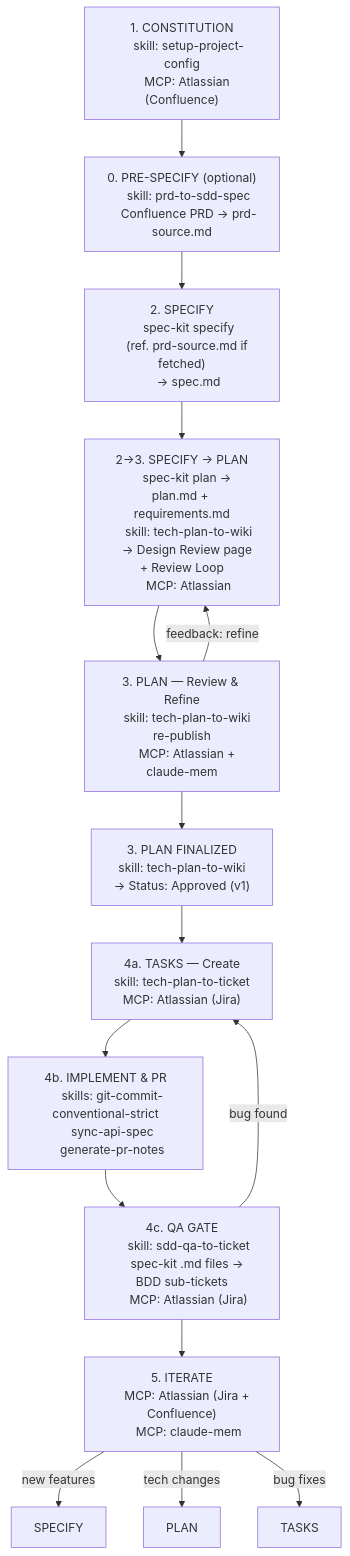
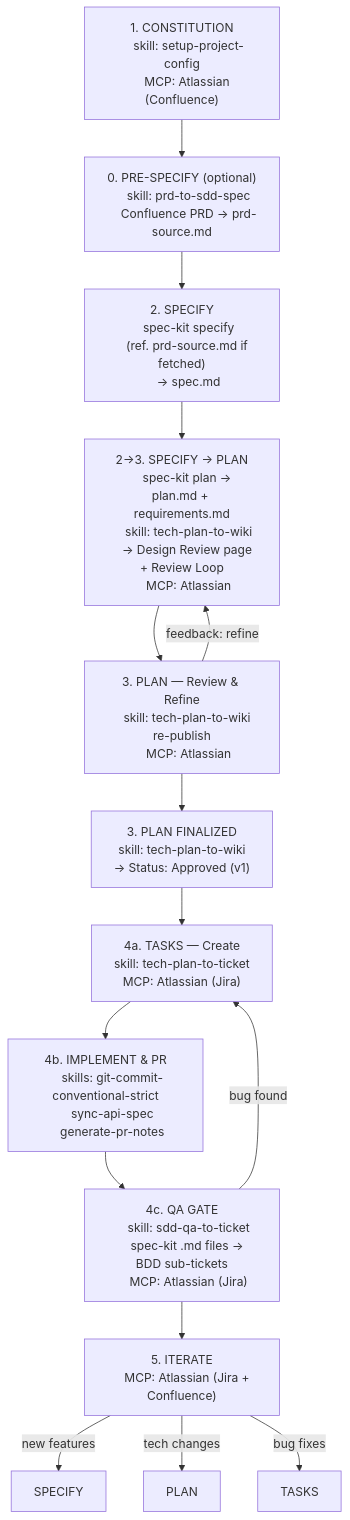
The diagram in docs/sdd-skills-map.md (jamesyang124/agent-skills), drawn with Mermaid before and after one commit. The commit also changed other lines of this file and 10 other files, not shown here.

````diff
--- a/docs/sdd-skills-map.md
+++ b/docs/sdd-skills-map.md
@@ -9,66 +9,65 @@
 ```mermaid
 graph TD
     P1["1. CONSTITUTION
     skill: setup-project-config
     MCP: Atlassian (Confluence)"]
 
     P0["0. PRE-SPECIFY (optional)
     skill: prd-to-sdd-spec
     Confluence PRD → prd-source.md"]
 
     P2["2. SPECIFY
     spec-kit specify
     (ref. prd-source.md if fetched)
     → spec.md"]
 
     P3["2→3. SPECIFY → PLAN
     spec-kit plan → plan.md + requirements.md
     skill: tech-plan-to-wiki
     → Design Review page + Review Loop
     MCP: Atlassian"]
 
     P4["3. PLAN — Review & Refine
     skill: tech-plan-to-wiki re-publish
-    MCP: Atlassian + claude-mem"]
+    MCP: Atlassian"]
 
     P4b["3. PLAN FINALIZED
     skill: tech-plan-to-wiki
     → Status: Approved (v1)"]
 
     P5a["4a. TASKS — Create
     skill: tech-plan-to-ticket
     MCP: Atlassian (Jira)"]
 
     P5b["4b. IMPLEMENT & PR
     skills: git-commit-conventional-strict
     sync-api-spec
     generate-pr-notes"]
 
     P5c["4c. QA GATE
     skill: sdd-qa-to-ticket
     spec-kit .md files → BDD sub-tickets
     MCP: Atlassian (Jira)"]
 
     P6["5. ITERATE
-    MCP: Atlassian (Jira + Confluence)
-    MCP: claude-mem"]
+    MCP: Atlassian (Jira + Confluence)"]
 
     SPECIFY["SPECIFY"]
     PLAN["PLAN"]
     TASKS["TASKS"]
 
     P1 --> P0
     P0 --> P2
     P2 --> P3
     P3 --> P4
     P4 -->|"feedback: refine"| P3
     P4 --> P4b
     P4b --> P5a
     P5a --> P5b
     P5b --> P5c
     P5c -->|"bug found"| P5a
     P5c --> P6
     P6 -->|"new features"| SPECIFY
     P6 -->|"tech changes"| PLAN
     P6 -->|"bug fixes"| TASKS
 ```
````
